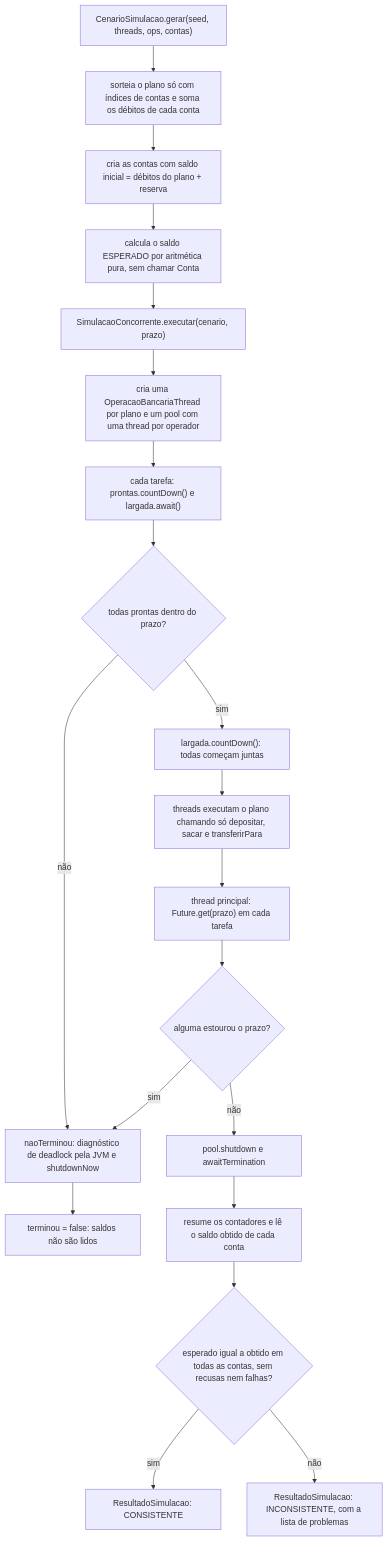
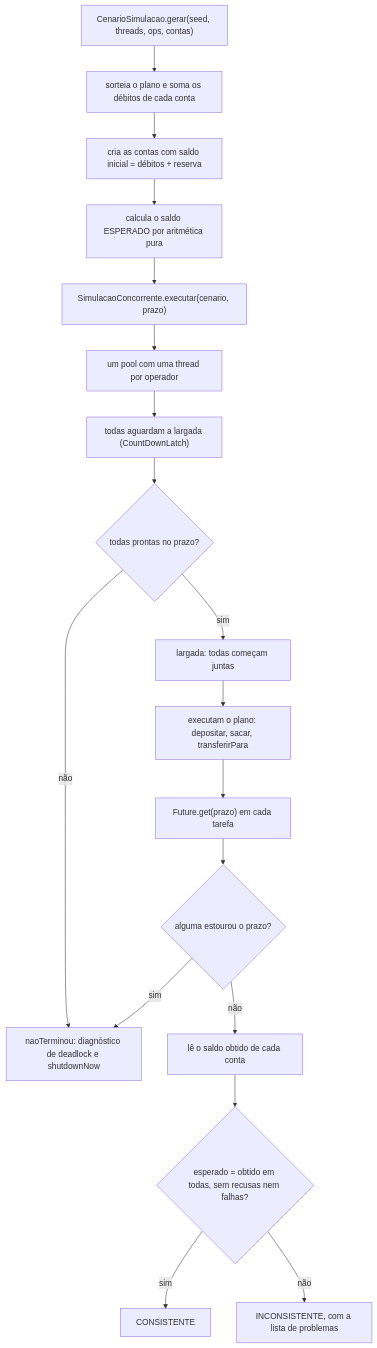
The fifth of 6 diagrams in README.md (leonardoschimock/sistema-bancario), drawn with Mermaid before and after one commit. The commit also changed other lines of this file and 18 other files, not shown here.

````diff
--- a/README.md
+++ b/README.md
@@ -409,22 +361,20 @@
 ```mermaid
 flowchart TB
-    A["CenarioSimulacao.gerar(seed, threads, ops, contas)"] --> B["sorteia o plano só com índices de contas e soma os débitos de cada conta"]
-    B --> C["cria as contas com saldo inicial = débitos do plano + reserva"]
-    C --> D["calcula o saldo ESPERADO por aritmética pura, sem chamar Conta"]
+    A["CenarioSimulacao.gerar(seed, threads, ops, contas)"] --> B["sorteia o plano e soma os débitos de cada conta"]
+    B --> C["cria as contas com saldo inicial = débitos + reserva"]
+    C --> D["calcula o saldo ESPERADO por aritmética pura"]
     D --> E["SimulacaoConcorrente.executar(cenario, prazo)"]
-    E --> F["cria uma OperacaoBancariaThread por plano e um pool com uma thread por operador"]
-    F --> G["cada tarefa: prontas.countDown() e largada.await()"]
-    G --> H{"todas prontas dentro do prazo?"}
-    H -- não --> X["naoTerminou: diagnóstico de deadlock pela JVM e shutdownNow"]
-    H -- sim --> I["largada.countDown(): todas começam juntas"]
-    I --> J["threads executam o plano chamando só depositar, sacar e transferirPara"]
-    J --> K["thread principal: Future.get(prazo) em cada tarefa"]
+    E --> F["um pool com uma thread por operador"]
+    F --> G["todas aguardam a largada (CountDownLatch)"]
+    G --> H{"todas prontas no prazo?"}
+    H -- não --> X["naoTerminou: diagnóstico de deadlock e shutdownNow"]
+    H -- sim --> I["largada: todas começam juntas"]
+    I --> J["executam o plano: depositar, sacar, transferirPara"]
+    J --> K["Future.get(prazo) em cada tarefa"]
     K --> L{"alguma estourou o prazo?"}
     L -- sim --> X
-    L -- não --> M["pool.shutdown e awaitTermination"]
-    M --> N["resume os contadores e lê o saldo obtido de cada conta"]
-    N --> O{"esperado igual a obtido em todas as contas, sem recusas nem falhas?"}
-    O -- sim --> P["ResultadoSimulacao: CONSISTENTE"]
-    O -- não --> Q["ResultadoSimulacao: INCONSISTENTE, com a lista de problemas"]
-    X --> R["terminou = false: saldos não são lidos"]
+    L -- não --> M["lê o saldo obtido de cada conta"]
+    M --> N{"esperado = obtido em todas, sem recusas nem falhas?"}
+    N -- sim --> P["CONSISTENTE"]
+    N -- não --> Q["INCONSISTENTE, com a lista de problemas"]
 ```
````
